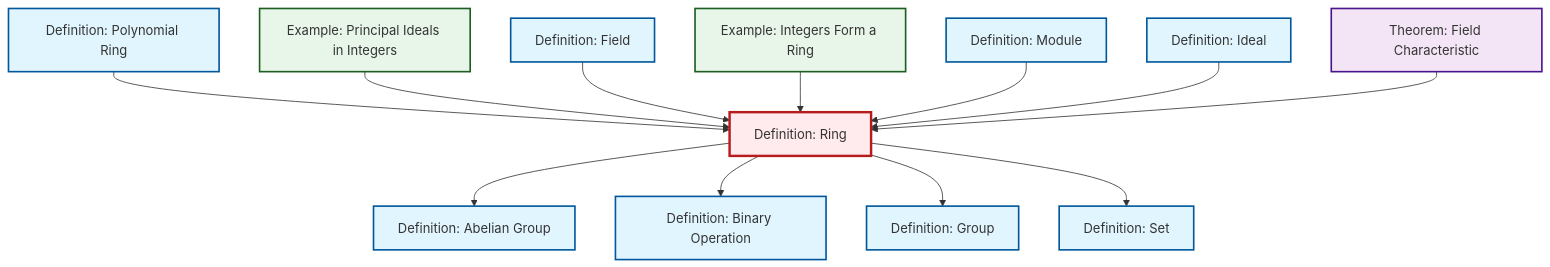
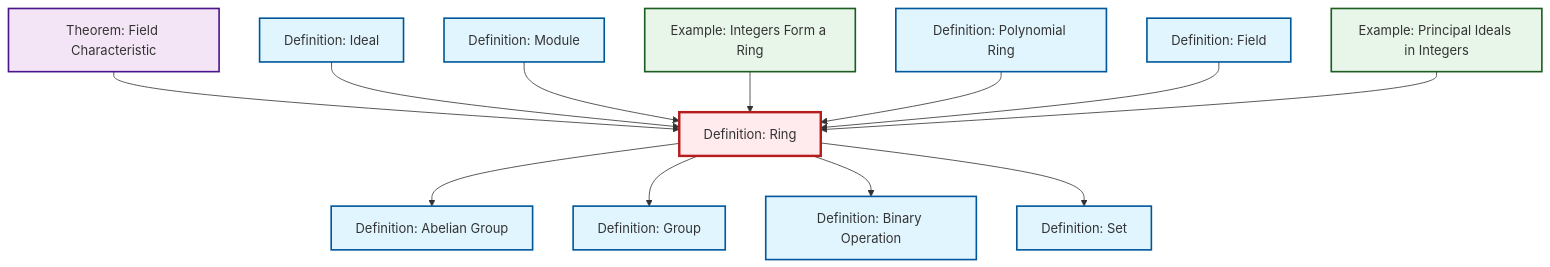
Before and after one commit to RK0429/ModernMath: the diagram in content/en/algebra/def-ring.qmd, drawn with Mermaid. The commit also changed other lines of this file and 360 other files, not shown here.

````diff
--- a/content/en/algebra/def-ring.qmd
+++ b/content/en/algebra/def-ring.qmd
@@ -61,44 +61,44 @@
 ```{mermaid}
 %%| fig-cap: "Local dependency graph"
 graph TD
     classDef definition fill:#e1f5fe,stroke:#01579b,stroke-width:2px
     classDef theorem fill:#f3e5f5,stroke:#4a148c,stroke-width:2px
     classDef axiom fill:#fff3e0,stroke:#e65100,stroke-width:2px
     classDef example fill:#e8f5e9,stroke:#1b5e20,stroke-width:2px
     classDef current fill:#ffebee,stroke:#b71c1c,stroke-width:3px
+    thm-field-characteristic["Theorem: Field Characteristic"]:::theorem
+    def-abelian-group["Definition: Abelian Group"]:::definition
+    def-ideal["Definition: Ideal"]:::definition
+    def-field["Definition: Field"]:::definition
     def-module["Definition: Module"]:::definition
-    def-binary-operation["Definition: Binary Operation"]:::definition
-    def-abelian-group["Definition: Abelian Group"]:::definition
-    ex-principal-ideal["Example: Principal Ideals in Integers"]:::example
+    def-set["Definition: Set"]:::definition
     def-polynomial-ring["Definition: Polynomial Ring"]:::definition
     def-group["Definition: Group"]:::definition
-    def-field["Definition: Field"]:::definition
-    def-ideal["Definition: Ideal"]:::definition
     def-ring["Definition: Ring"]:::definition
-    def-set["Definition: Set"]:::definition
+    def-binary-operation["Definition: Binary Operation"]:::definition
+    ex-principal-ideal["Example: Principal Ideals in Integers"]:::example
     ex-integers-ring["Example: Integers Form a Ring"]:::example
-    thm-field-characteristic["Theorem: Field Characteristic"]:::theorem
     def-ring --> def-abelian-group
-    def-polynomial-ring --> def-ring
-    ex-principal-ideal --> def-ring
-    def-ring --> def-binary-operation
-    def-field --> def-ring
-    ex-integers-ring --> def-ring
+    thm-field-characteristic --> def-ring
+    def-ideal --> def-ring
     def-module --> def-ring
     def-ring --> def-group
-    def-ideal --> def-ring
-    thm-field-characteristic --> def-ring
+    def-ring --> def-binary-operation
+    ex-integers-ring --> def-ring
+    def-polynomial-ring --> def-ring
     def-ring --> def-set
+    def-field --> def-ring
+    ex-principal-ideal --> def-ring
     class def-ring current
+    click thm-field-characteristic "thm-field-characteristic.html" "Go to Field Characteristic theorem"
+    click def-abelian-group "def-abelian-group.html" "Go to Abelian Group definition"
+    click def-ideal "def-ideal.html" "Go to Ideal definition"
+    click def-field "def-field.html" "Go to Field definition"
     click def-module "def-module.html" "Go to Module definition"
-    click def-binary-operation "def-binary-operation.html" "Go to Binary Operation definition"
-    click def-abelian-group "def-abelian-group.html" "Go to Abelian Group definition"
-    click ex-principal-ideal "ex-principal-ideal.html" "Go to Principal Ideals in Integers example"
+    click def-set "def-set.html" "Go to Set definition"
     click def-polynomial-ring "def-polynomial-ring.html" "Go to Polynomial Ring definition"
     click def-group "def-group.html" "Go to Group definition"
-    click def-field "def-field.html" "Go to Field definition"
-    click def-ideal "def-ideal.html" "Go to Ideal definition"
-    click def-set "def-set.html" "Go to Set definition"
+    click def-binary-operation "def-binary-operation.html" "Go to Binary Operation definition"
+    click ex-principal-ideal "ex-principal-ideal.html" "Go to Principal Ideals in Integers example"
     click ex-integers-ring "ex-integers-ring.html" "Go to Integers Form a Ring example"
-    click thm-field-characteristic "thm-field-characteristic.html" "Go to Field Characteristic theorem"
 ```
````
